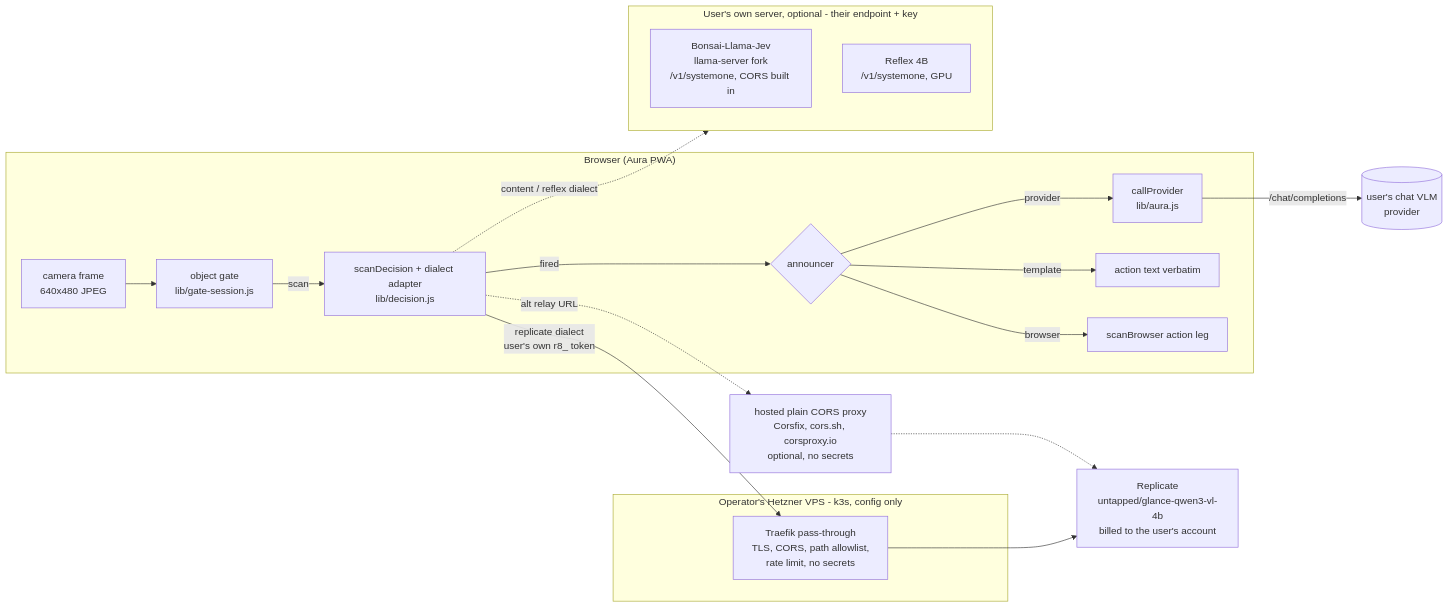
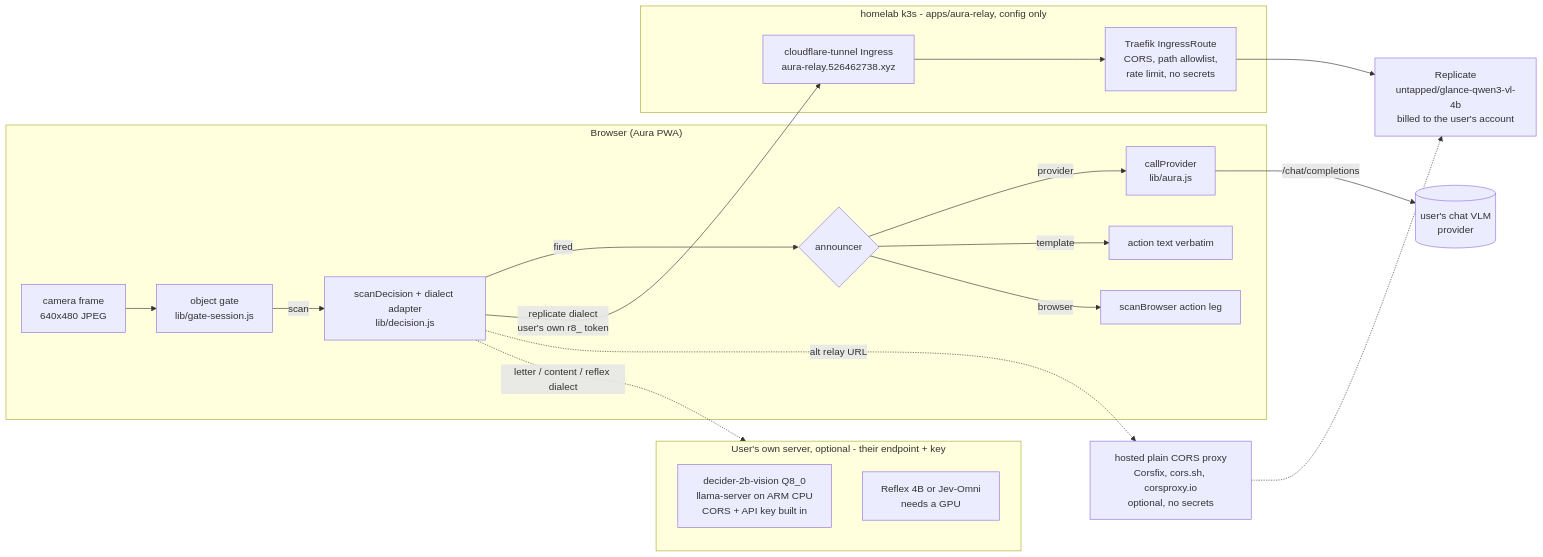
One commit to barakplasma/Aura changed the first of 2 diagrams in docs/PRD-decision-engine.md. Above: the diagram before and after it, drawn with Mermaid. The commit also changed other lines of this file, not shown here.

First line of the commit message:
docs(prd): aura-relay.526462738.xyz as a homelab-manifests chart; where each model runs

````diff
--- a/docs/PRD-decision-engine.md
+++ b/docs/PRD-decision-engine.md
@@ -150,29 +150,30 @@
 ```mermaid
 flowchart LR
   subgraph Phone["Browser (Aura PWA)"]
     CAM[camera frame<br/>640x480 JPEG] --> GATE[object gate<br/>lib/gate-session.js]
     GATE -->|scan| DEC[scanDecision + dialect adapter<br/>lib/decision.js]
     DEC -->|fired| ANN{announcer}
     ANN -->|provider| PROV[callProvider<br/>lib/aura.js]
     ANN -->|template| TPL[action text verbatim]
     ANN -->|browser| BRW[scanBrowser action leg]
   end
 
   CFX[hosted plain CORS proxy<br/>Corsfix, cors.sh, corsproxy.io<br/>optional, no secrets]
 
-  subgraph K3s["Operator's Hetzner VPS - k3s, config only"]
-    ING[Traefik pass-through<br/>TLS, CORS, path allowlist,<br/>rate limit, no secrets]
+  subgraph K3s["homelab k3s - apps/aura-relay, config only"]
+    CFT[cloudflare-tunnel Ingress<br/>aura-relay.526462738.xyz]
+    ING[Traefik IngressRoute<br/>CORS, path allowlist,<br/>rate limit, no secrets]
   end
 
   subgraph Own["User's own server, optional - their endpoint + key"]
-    BON[Bonsai-Llama-Jev<br/>llama-server fork<br/>/v1/systemone, CORS built in]
-    GPU[Reflex 4B<br/>/v1/systemone, GPU]
+    BON[decider-2b-vision Q8_0<br/>llama-server on ARM CPU<br/>CORS + API key built in]
+    GPU[Reflex 4B or Jev-Omni<br/>needs a GPU]
   end
 
   RP[Replicate<br/>untapped/glance-qwen3-vl-4b<br/>billed to the user's account]
 
-  DEC -- "replicate dialect<br/>user's own r8_ token" --> ING --> RP
+  DEC -- "replicate dialect<br/>user's own r8_ token" --> CFT --> ING --> RP
   DEC -. "alt relay URL" .-> CFX -.-> RP
-  DEC -. "content / reflex dialect" .-> Own
+  DEC -. "letter / content / reflex dialect" .-> Own
   PROV -- "/chat/completions" --> CLOUD[(user's chat VLM<br/>provider)]
 ```
````
